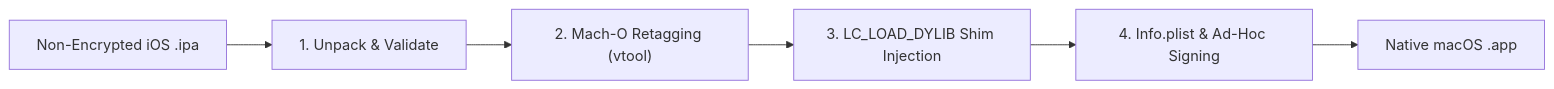
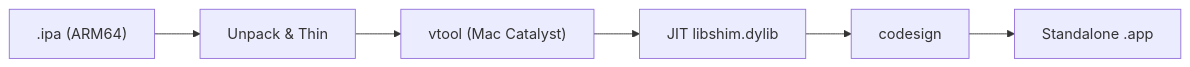
Before and after one commit to noname122021/ipa2mac: the diagram in README.md, drawn with Mermaid. The commit also changed other lines of this file and 6 other files, not shown here.

````diff
--- a/README.md
+++ b/README.md
@@ -46,8 +51,8 @@
 ```mermaid
 flowchart LR
-    A["Non-Encrypted iOS .ipa"] --> B["1. Unpack & Validate"]
-    B --> C["2. Mach-O Retagging (vtool)"]
-    C --> D["3. LC_LOAD_DYLIB Shim Injection"]
-    D --> E["4. Info.plist & Ad-Hoc Signing"]
-    E --> F["Native macOS .app"]
+    A[".ipa (ARM64)"] --> B["Unpack & Thin"]
+    B --> C["vtool (Mac Catalyst)"]
+    C --> D["JIT libshim.dylib"]
+    D --> E["codesign"]
+    E --> F["Standalone .app"]
 ```
````
